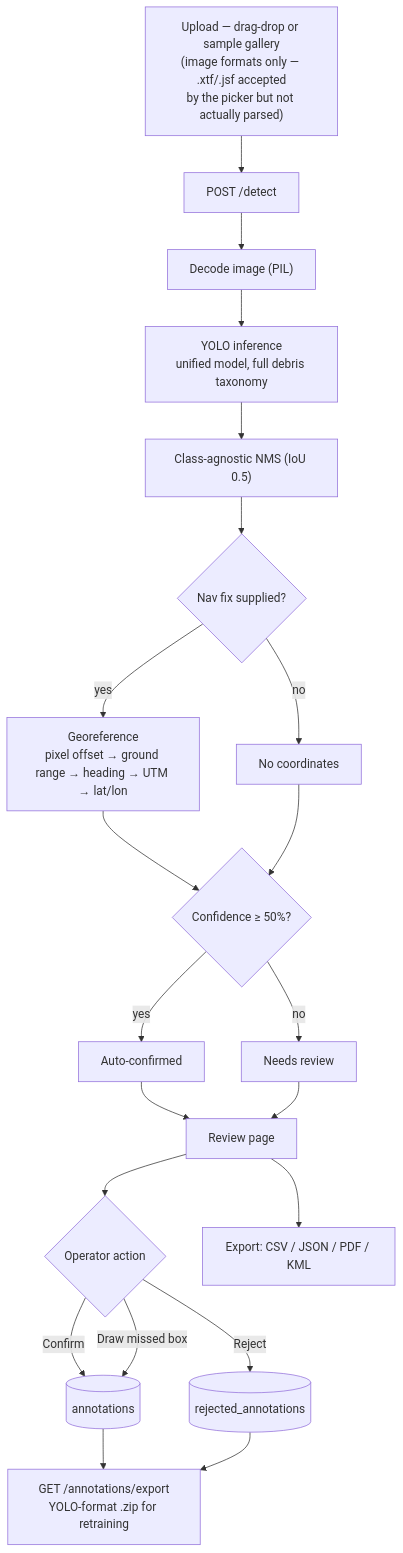
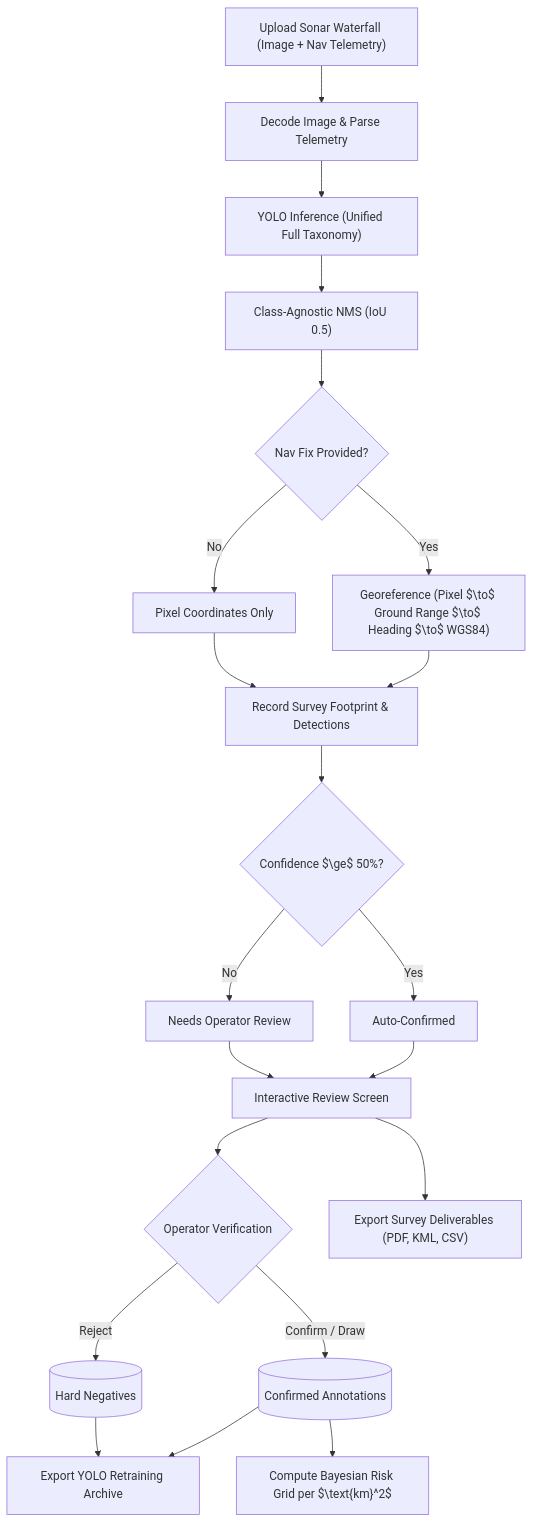
The second of 2 diagrams in README.md (Praptii21/marine-debris-detector), drawn with Mermaid before and after one commit. The commit also changed other lines of this file and 11 other files, not shown here.

````diff
--- a/README.md
+++ b/README.md
@@ -40,23 +161,23 @@
 ```mermaid
 flowchart TD
-    A["Upload — drag-drop or sample gallery<br/>(image formats only — .xtf/.jsf accepted<br/>by the picker but not actually parsed)"] --> B["POST /detect"]
-    B --> C["Decode image (PIL)"]
-    C --> D["YOLO inference<br/>unified model, full debris taxonomy"]
-    D --> E["Class-agnostic NMS (IoU 0.5)"]
-    E --> F{"Nav fix supplied?"}
-    F -- yes --> G["Georeference<br/>pixel offset → ground range → heading → UTM → lat/lon"]
-    F -- no --> H["No coordinates"]
-    G --> I{"Confidence ≥ 50%?"}
-    H --> I
-    I -- yes --> J["Auto-confirmed"]
-    I -- no --> K["Needs review"]
-    J --> L["Review page"]
+    A["Upload Sonar Waterfall (Image + Nav Telemetry)"] --> B["Decode Image & Parse Telemetry"]
+    B --> C["YOLO Inference (Unified Full Taxonomy)"]
+    C --> D["Class-Agnostic NMS (IoU 0.5)"]
+    D --> E{"Nav Fix Provided?"}
+    E -- Yes --> F["Georeference (Pixel $\to$ Ground Range $\to$ Heading $\to$ WGS84)"]
+    E -- No --> G["Pixel Coordinates Only"]
+    F --> H["Record Survey Footprint & Detections"]
+    G --> H
+    H --> I{"Confidence $\ge$ 50%?"}
+    I -- Yes --> J["Auto-Confirmed"]
+    I -- No --> K["Needs Operator Review"]
+    J --> L["Interactive Review Screen"]
     K --> L
-    L --> M{"Operator action"}
-    M -- Confirm --> N[("annotations")]
-    M -- "Draw missed box" --> N
-    M -- Reject --> O[("rejected_annotations")]
-    N --> P["GET /annotations/export<br/>YOLO-format .zip for retraining"]
+    L --> M{"Operator Verification"}
+    M -- Confirm / Draw --> N[("Confirmed Annotations")]
+    M -- Reject --> O[("Hard Negatives")]
+    N --> P["Export YOLO Retraining Archive"]
     O --> P
-    L --> Q["Export: CSV / JSON / PDF / KML"]
+    N --> Q["Compute Bayesian Risk Grid per $\text{km}^2$"]
+    L --> R["Export Survey Deliverables (PDF, KML, CSV)"]
 ```
````
